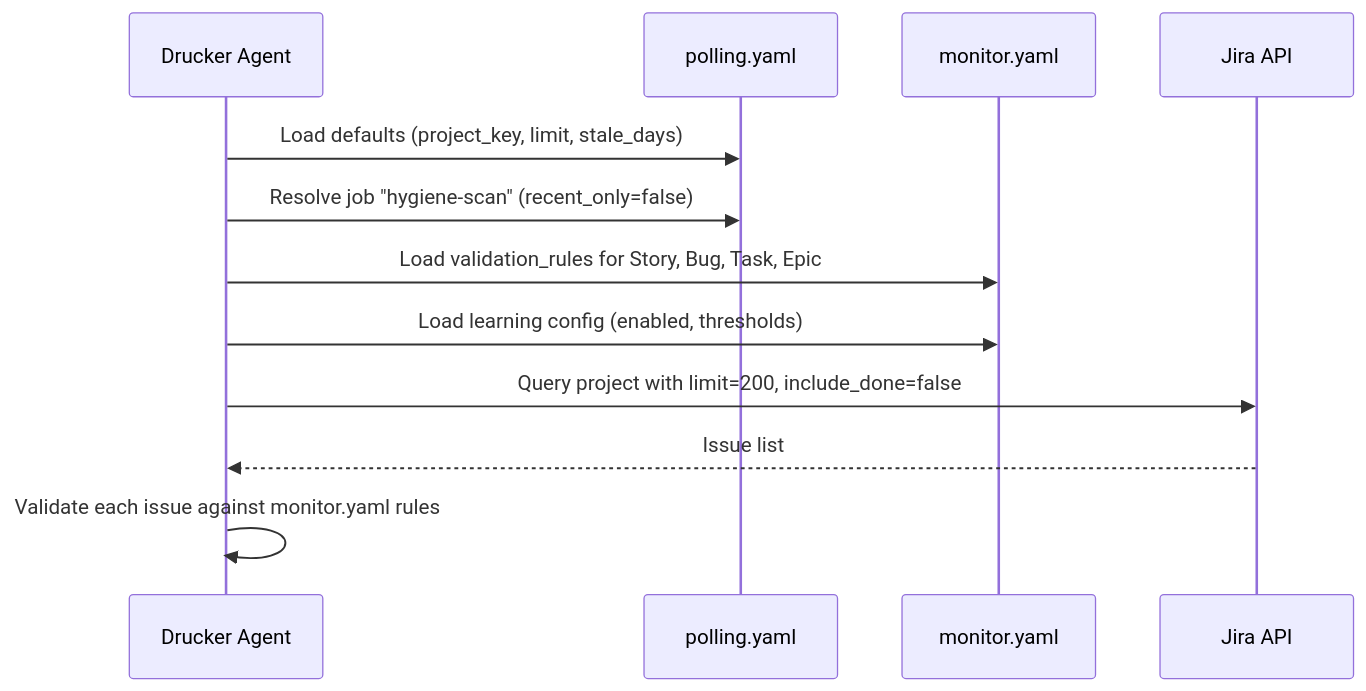
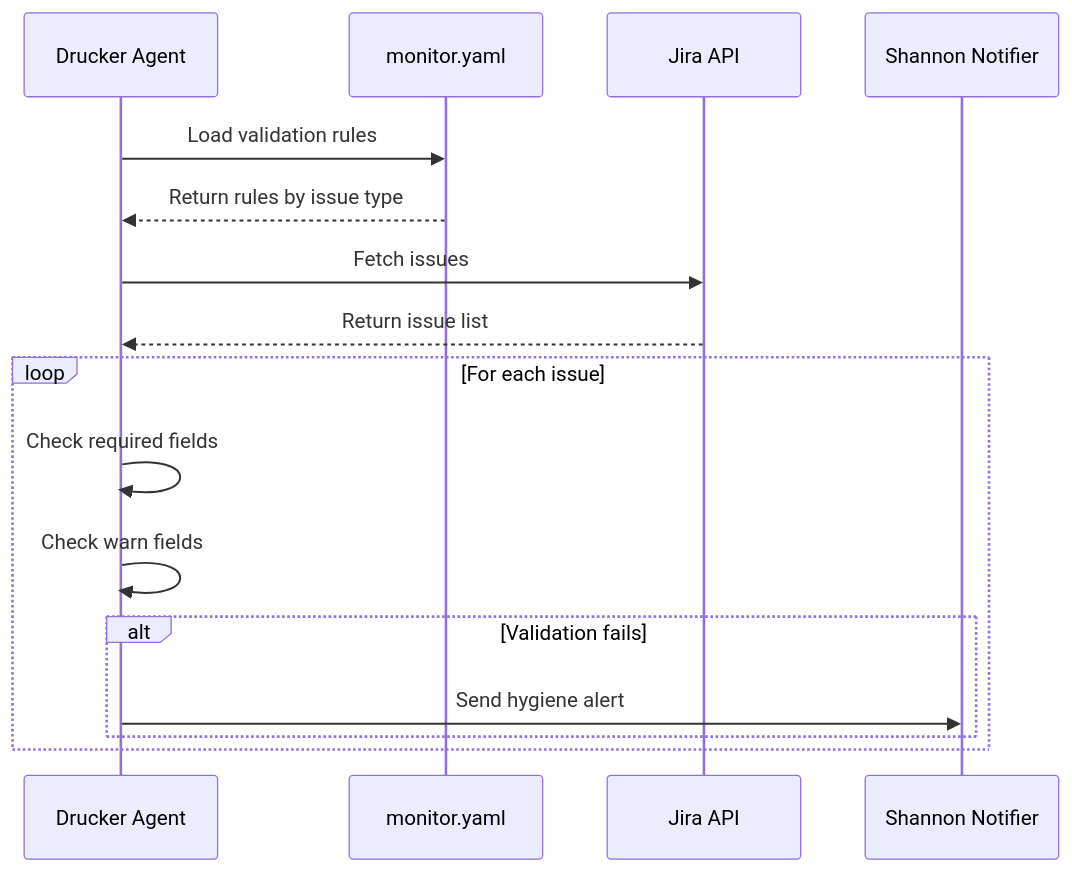
One commit to jmac-cornelis/agent-workforce changed the second of 4 diagrams in agents/drucker/docs/config.md. Above: the diagram before and after it, drawn with Mermaid. The commit also changed other lines of this file and 6 other files, not shown here.

````diff
--- a/agents/drucker/docs/config.md
+++ b/agents/drucker/docs/config.md
@@ -76,15 +50,19 @@
 ```mermaid
 sequenceDiagram
     participant Agent as Drucker Agent
-    participant PY as polling.yaml
-    participant MY as monitor.yaml
+    participant Config as monitor.yaml
     participant Jira as Jira API
-
-    Agent->>PY: Load defaults (project_key, limit, stale_days)
-    Agent->>PY: Resolve job "hygiene-scan" (recent_only=false)
-    Agent->>MY: Load validation_rules for Story, Bug, Task, Epic
-    Agent->>MY: Load learning config (enabled, thresholds)
-    Agent->>Jira: Query project with limit=200, include_done=false
-    Jira-->>Agent: Issue list
-    Agent->>Agent: Validate each issue against monitor.yaml rules
+    participant Notifier as Shannon Notifier
+    
+    Agent->>Config: Load validation rules
+    Config-->>Agent: Return rules by issue type
+    Agent->>Jira: Fetch issues
+    Jira-->>Agent: Return issue list
+    loop For each issue
+        Agent->>Agent: Check required fields
+        Agent->>Agent: Check warn fields
+        alt Validation fails
+            Agent->>Notifier: Send hygiene alert
+        end
+    end
 ```
````
